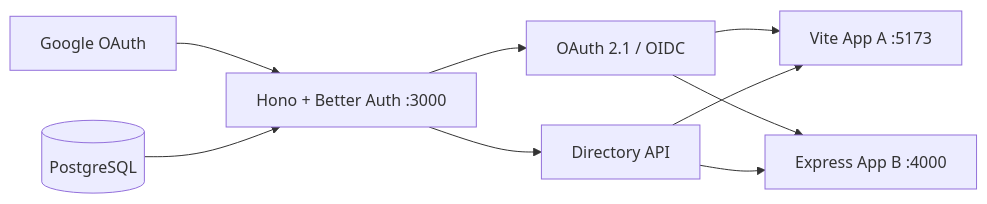
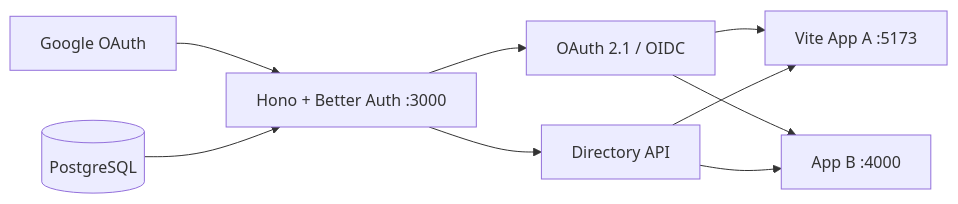
One commit to smzwaldorf/auth changed the diagram in README.md. Above: the diagram before and after it, drawn with Mermaid. The commit also changed other lines of this file and 49 other files, not shown here.

````diff
--- a/README.md
+++ b/README.md
@@ -13,11 +14,11 @@
 ```mermaid
 flowchart LR
   Google["Google OAuth"] --> Auth["Hono + Better Auth :3000"]
   Postgres[("PostgreSQL")] --> Auth
   Auth --> OIDC["OAuth 2.1 / OIDC"]
   Auth --> Directory["Directory API"]
   OIDC --> AppA["Vite App A :5173"]
-  OIDC --> AppB["Express App B :4000"]
+  OIDC --> AppB["App B :4000"]
   Directory --> AppA
   Directory --> AppB
 ```
````
